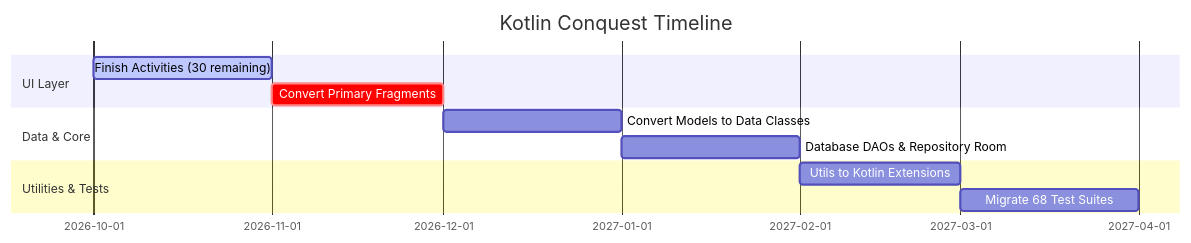
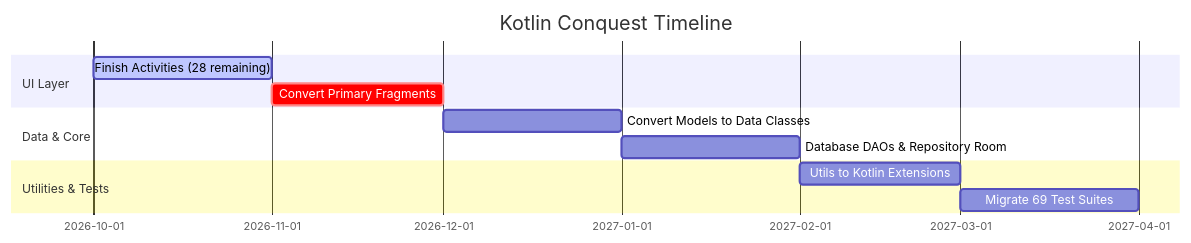
Before and after one commit to solomonrajan/cashledger: the third of 3 diagrams in KOTLIN_MIGRATION_REPORT.md, drawn with Mermaid. The commit also changed other lines of this file, not shown here.

````diff
--- a/KOTLIN_MIGRATION_REPORT.md
+++ b/KOTLIN_MIGRATION_REPORT.md
@@ -270,14 +272,14 @@
 ```mermaid
 gantt
     title Kotlin Conquest Timeline
     dateFormat  YYYY-MM
     section UI Layer
-    Finish Activities (30 remaining) :active, act1, 2026-10, 2026-11
+    Finish Activities (28 remaining) :active, act1, 2026-10, 2026-11
     Convert Primary Fragments        :crit, act2, 2026-11, 2026-12
     section Data & Core
     Convert Models to Data Classes   :act3, 2026-12, 2027-01
     Database DAOs & Repository Room  :act4, 2027-01, 2027-02
     section Utilities & Tests
     Utils to Kotlin Extensions       :act5, 2027-02, 2027-03
-    Migrate 68 Test Suites           :act6, 2027-03, 2027-04
+    Migrate 69 Test Suites           :act6, 2027-03, 2027-04
 ```
````
